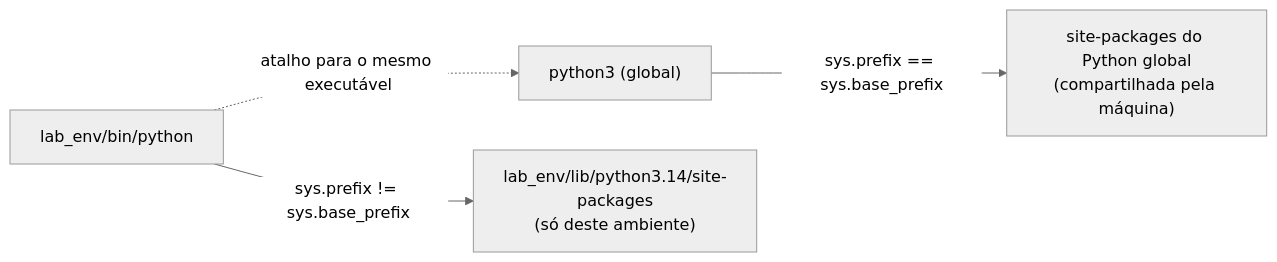
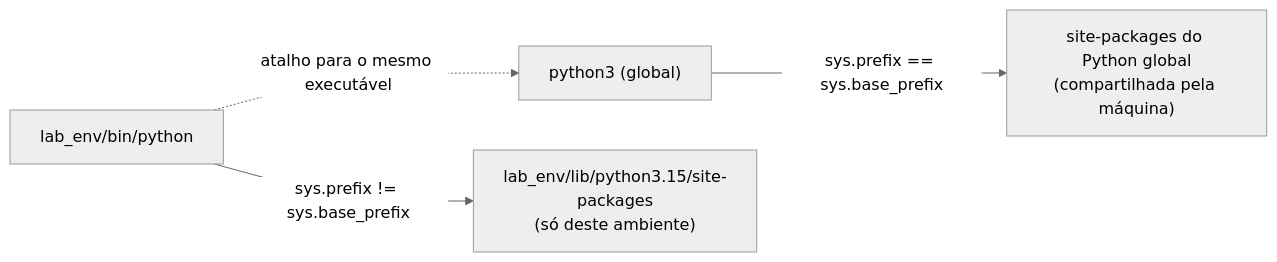
The diagram in python/python-modulo-05-bis/tutorial/docs/02-ex0/02-o-ambiente-virtual-por-dentro.md (navegar-sistemas/dojo), drawn with Mermaid (neutral theme) before and after one commit. The commit also changed other lines of this file and 76 other files, not shown here.

````diff
--- a/python/python-modulo-05-bis/tutorial/docs/02-ex0/02-o-ambiente-virtual-por-dentro.md
+++ b/python/python-modulo-05-bis/tutorial/docs/02-ex0/02-o-ambiente-virtual-por-dentro.md
@@ -126,6 +128,6 @@
 ```mermaid
 flowchart LR
     g["python3 (global)"] -->|"sys.prefix == sys.base_prefix"| gs["site-packages do Python global<br/>(compartilhada pela máquina)"]
-    v["lab_env/bin/python"] -->|"sys.prefix != sys.base_prefix"| vs["lab_env/lib/python3.14/site-packages<br/>(só deste ambiente)"]
+    v["lab_env/bin/python"] -->|"sys.prefix != sys.base_prefix"| vs["lab_env/lib/python3.15/site-packages<br/>(só deste ambiente)"]
     v -.->|"atalho para o mesmo executável"| g
 ```
````
